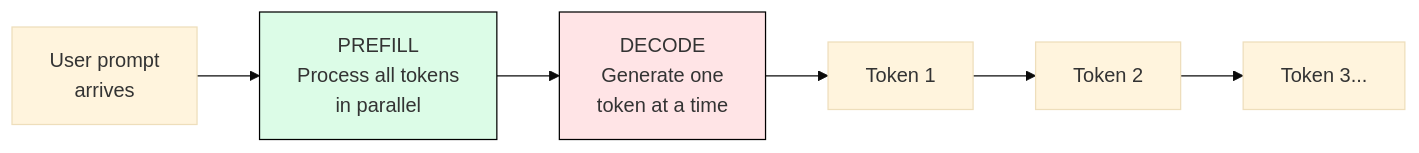
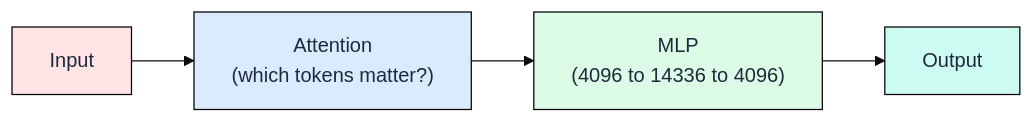
Before and after one commit to harshuljain13/llm-inference-at-scale: the third of 13 diagrams in workshop/SLIDES.md, drawn with Mermaid (base theme). The commit also changed other lines of this file and 8 other files, not shown here.

````diff
--- a/workshop/SLIDES.md
+++ b/workshop/SLIDES.md
@@ -131,10 +138,11 @@
 ```mermaid
 flowchart LR
-    A[User prompt<br>arrives] --> B[PREFILL<br>Process all tokens<br>in parallel]
-    B --> C[DECODE<br>Generate one<br>token at a time]
-    C --> D[Token 1]
-    D --> E[Token 2]
-    E --> F[Token 3...]
-    style B fill:#dcfce7,stroke:#000
-    style C fill:#ffe4e6,stroke:#000
+    A["Input"] --> B["Attention<br/>(which tokens matter?)"]
+    B --> C["MLP<br/>(4096 to 14336 to 4096)"]
+    C --> D["Output"]
+
+    style A fill:#ffe4e6,stroke:#000,color:#1e293b
+    style B fill:#dbeafe,stroke:#000,color:#1e293b
+    style C fill:#dcfce7,stroke:#000,color:#1e293b
+    style D fill:#ccfbf1,stroke:#000,color:#1e293b
 ```
````
